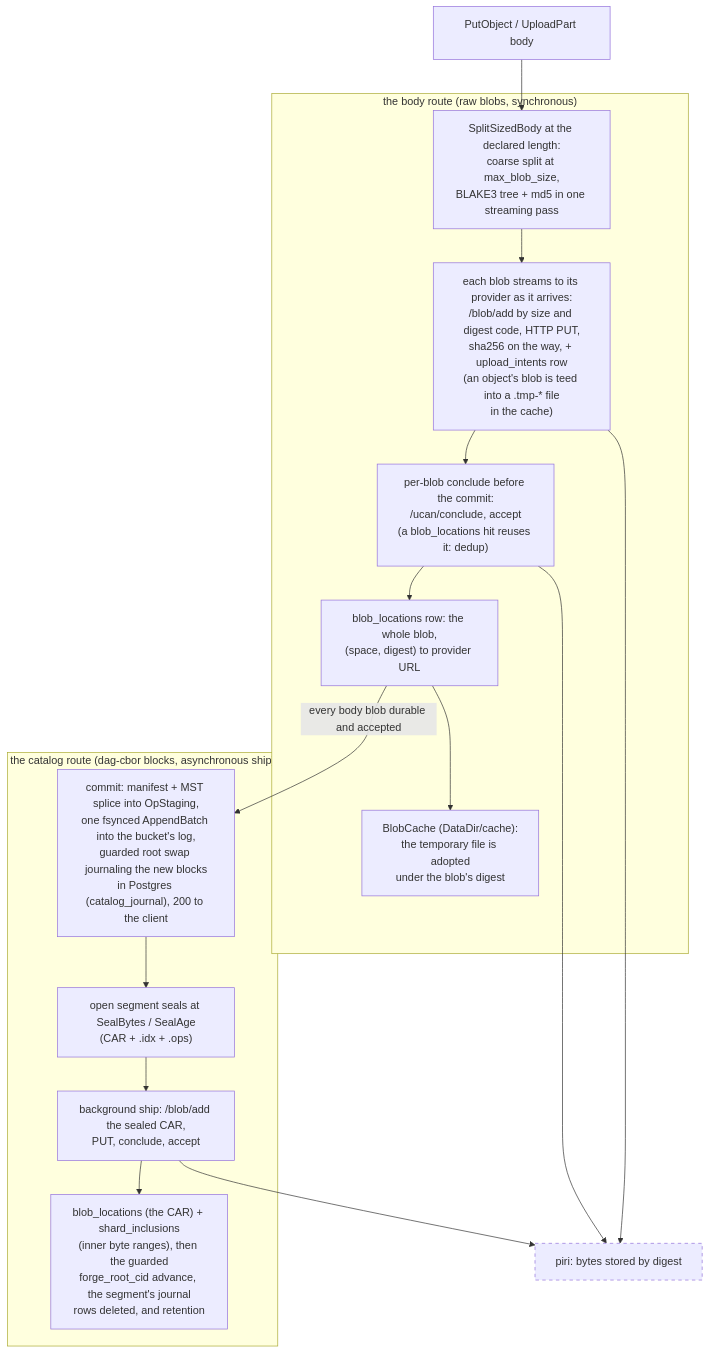
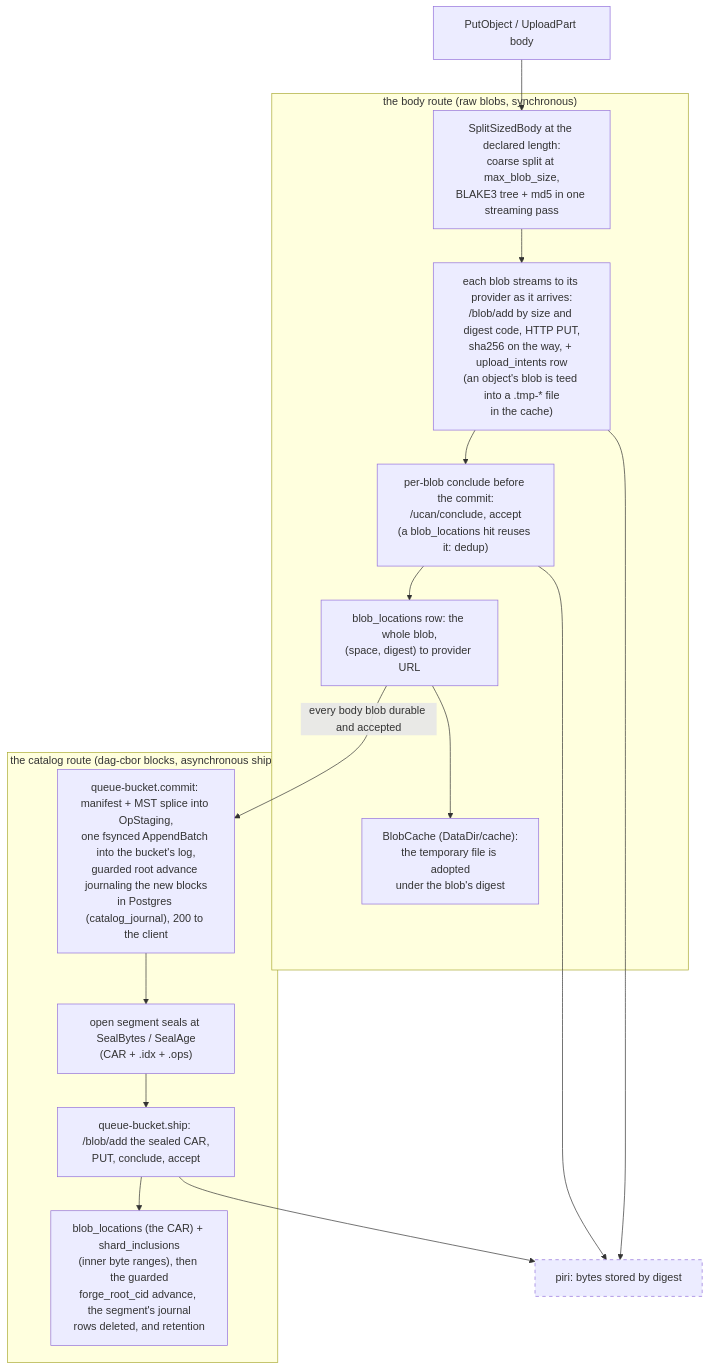
One commit to fil-forge/ingot changed the third of 15 diagrams in docs/diagrams.md. Above: the diagram before and after it, drawn with Mermaid. The commit also changed other lines of this file and 65 other files, not shown here.

First line of the commit message:
feat: run bucket changes on a queue-bucket task queue (#349)

````diff
--- a/docs/diagrams.md
+++ b/docs/diagrams.md
@@ -183,32 +183,32 @@
 ```mermaid
 flowchart TB
     put["PutObject / UploadPart body"]
 
     subgraph bodyr["the body route (raw blobs, synchronous)"]
         split["SplitSizedBody at the declared length:<br/>coarse split at max_blob_size,<br/>BLAKE3 tree + md5 in one streaming pass"]
         stream["each blob streams to its provider as it arrives:<br/>/blob/add by size and digest code, HTTP PUT,<br/>sha256 on the way, + upload_intents row<br/>(an object's blob is teed into a .tmp-* file<br/>in the cache)"]
         upload["per-blob conclude before the commit:<br/>/ucan/conclude, accept<br/>(a blob_locations hit reuses it: dedup)"]
         bloc["blob_locations row: the whole blob,<br/>(space, digest) to provider URL"]
         cache["BlobCache (DataDir/cache):<br/>the temporary file is adopted<br/>under the blob's digest"]
         split --> stream --> upload --> bloc --> cache
     end
 
     subgraph catr["the catalog route (dag-cbor blocks, asynchronous ship)"]
-        commit["commit: manifest + MST splice into OpStaging,<br/>one fsynced AppendBatch into the bucket's log,<br/>guarded root swap journaling the new blocks<br/>in Postgres (catalog_journal), 200 to the client"]
+        commit["queue-bucket.commit: manifest + MST splice into OpStaging,<br/>one fsynced AppendBatch into the bucket's log,<br/>guarded root advance journaling the new blocks<br/>in Postgres (catalog_journal), 200 to the client"]
         seal["open segment seals at SealBytes / SealAge<br/>(CAR + .idx + .ops)"]
-        ship["background ship: /blob/add the sealed CAR,<br/>PUT, conclude, accept"]
+        ship["queue-bucket.ship: /blob/add the sealed CAR,<br/>PUT, conclude, accept"]
         incl["blob_locations (the CAR) + shard_inclusions<br/>(inner byte ranges), then the guarded<br/>forge_root_cid advance, the segment's journal<br/>rows deleted, and retention"]
         commit --> seal --> ship --> incl
     end
 
     piri["piri: bytes stored by digest"]
 
     put --> split
     bloc -->|"every body blob durable and accepted"| commit
     stream --> piri
     upload --> piri
     ship --> piri
 
     classDef external stroke-dasharray: 5 5
     class piri external
 ```
````
